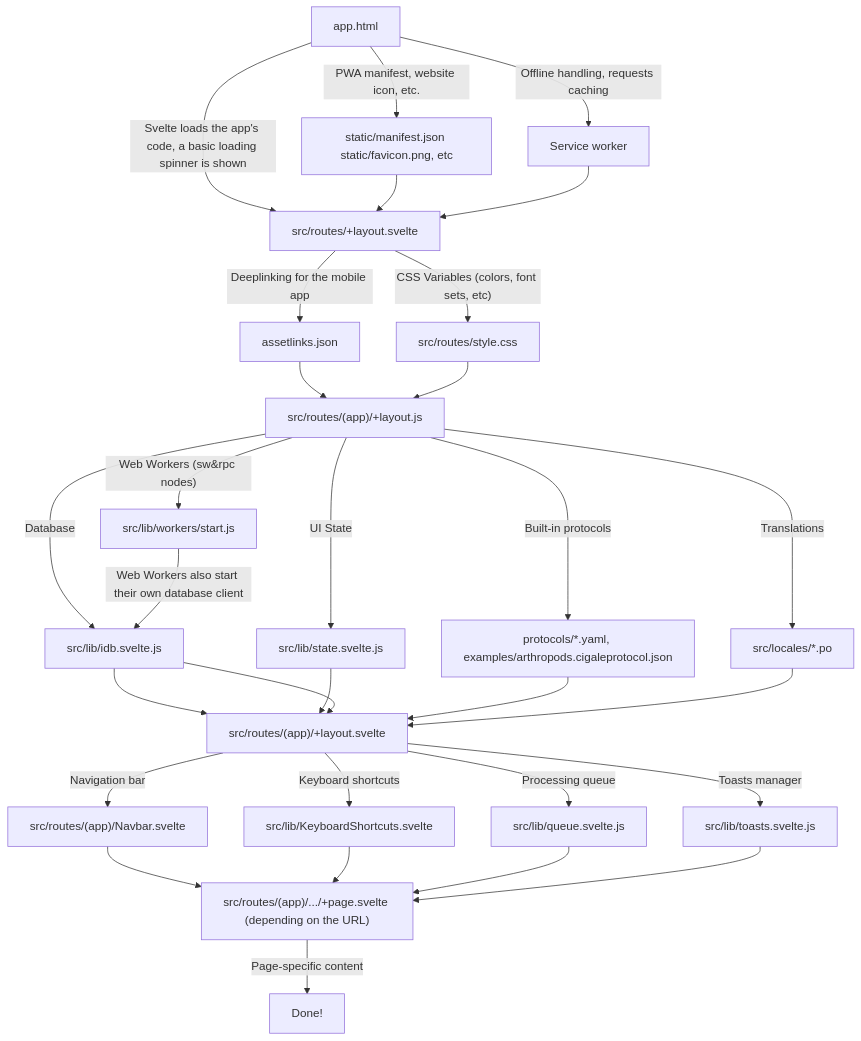
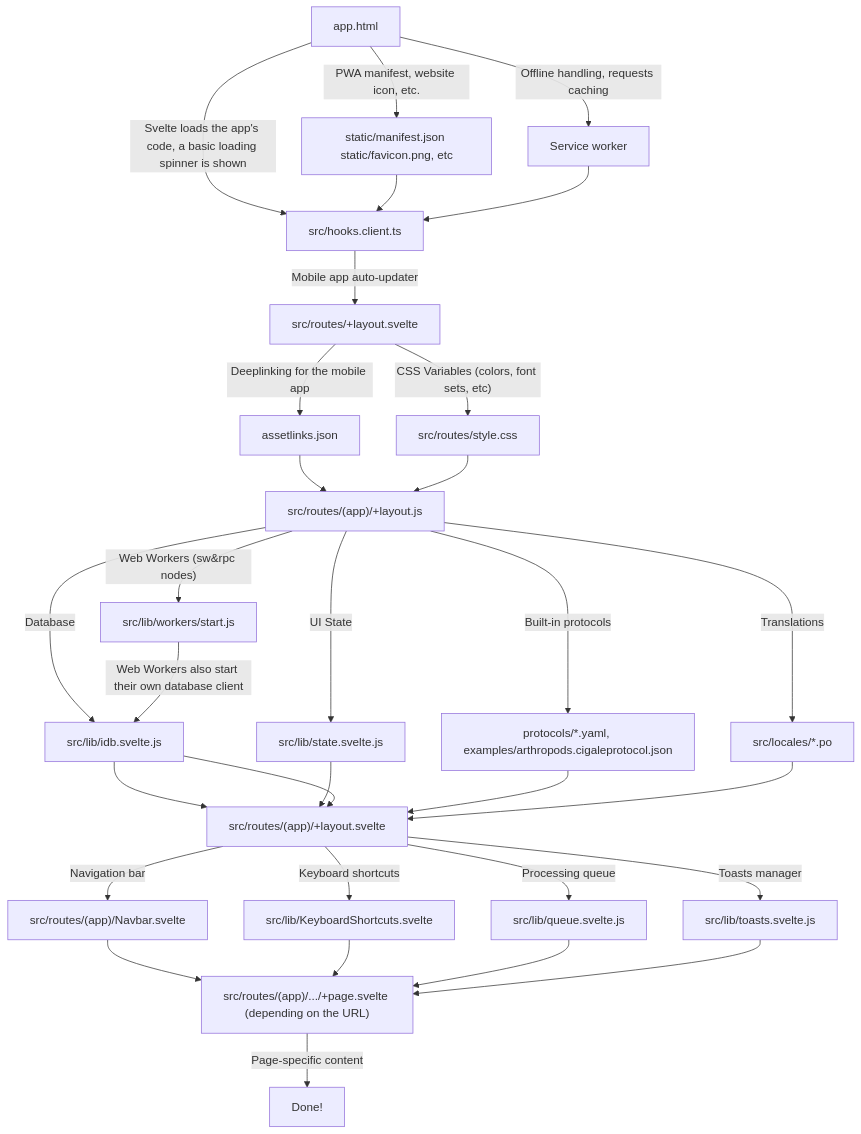
The first of 4 diagrams in CODEBASE.md (cigaleapp/cigale), drawn with Mermaid before and after one commit. The commit also changed other lines of this file, not shown here.

````diff
--- a/CODEBASE.md
+++ b/CODEBASE.md
@@ -70,25 +71,28 @@
 ```mermaid
 flowchart TB
 
-shell[app.html] -->|Svelte loads the app's code, a basic loading spinner is shown| init[src/routes/+layout.svelte] 
+shell[app.html] -->|Svelte loads the app's code, a basic loading spinner is shown| clientinit[src/hooks.client.ts] 
+	init[src/routes/+layout.svelte] 
 	startup["src/routes/(app)/+layout.js"]
 	layout["src/routes/(app)/+layout.svelte"]
 	page["src/routes/(app)/.../+page.svelte (depending on the URL)"] -->|Page-specific content| done[Done!]
 
-shell -->|PWA manifest, website icon, etc.| static[static/manifest.json static/favicon.png, etc] --> init
-shell -->|Offline handling, requests caching| sw[Service worker] --> init
+shell -->|PWA manifest, website icon, etc.| static[static/manifest.json static/favicon.png, etc] --> clientinit
+shell -->|Offline handling, requests caching| sw[Service worker] --> clientinit
+
+clientinit -->|Mobile app auto-updater| init
 
 init -->|Deeplinking for the mobile app| deeplinks[assetlinks.json] --> startup
 init -->|"CSS Variables (colors, font sets, etc)"| globalcss[src/routes/style.css] --> startup
 
 startup -->|Database| idb[src/lib/idb.svelte.js] --> layout
 startup -->|UI State| uistate[src/lib/state.svelte.js]  --> layout
 startup -->|"Web Workers (sw&rpc nodes)"| swarpc[src/lib/workers/start.js] -->|Web Workers also start their own database client| idb --> layout
 startup -->|Built-in protocols| protocols[protocols/*.yaml, examples/arthropods.cigaleprotocol.json] --> layout
 startup -->|Translations| i18n[src/locales/*.po] --> layout
 
 layout -->|Navigation bar| navbar["src/routes/(app)/Navbar.svelte"] --> page
 layout -->|Keyboard shortcuts| kbd[src/lib/KeyboardShortcuts.svelte]  --> page
 layout -->|Processing queue| queue[src/lib/queue.svelte.js] --> page
 layout -->|Toasts manager| toasts[src/lib/toasts.svelte.js] --> page
 ```
````
